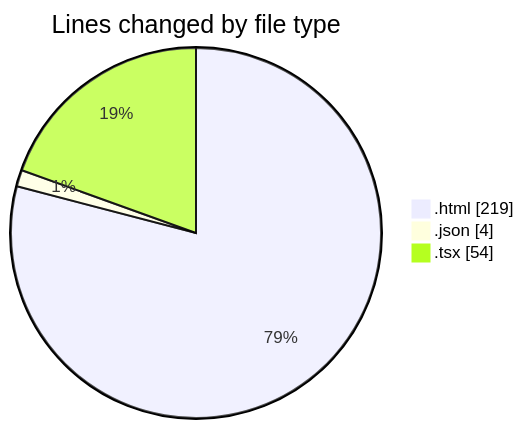
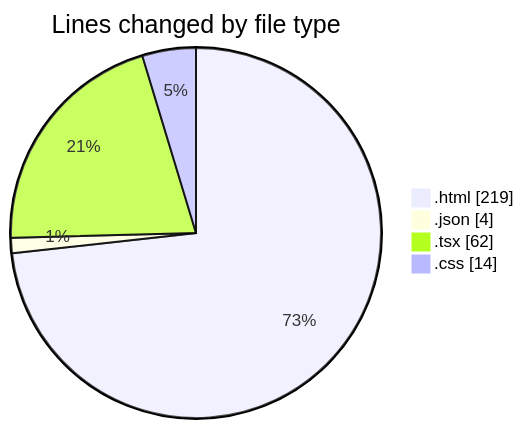
The first of 2 diagrams in 2025-06-25/scopecraft/README.md (Ritupan-Deka/code-tracking), drawn with Mermaid before and after one commit. The commit also changed other lines of this file and 1 other file, not shown here.

````diff
--- a/2025-06-25/scopecraft/README.md
+++ b/2025-06-25/scopecraft/README.md
@@ -22,7 +23,8 @@
 ```mermaid
 pie showData
 title Lines changed by file type
 ".html" : 219
 ".json" : 4
-".tsx" : 54
+".tsx" : 62
+".css" : 14
 ```
````
